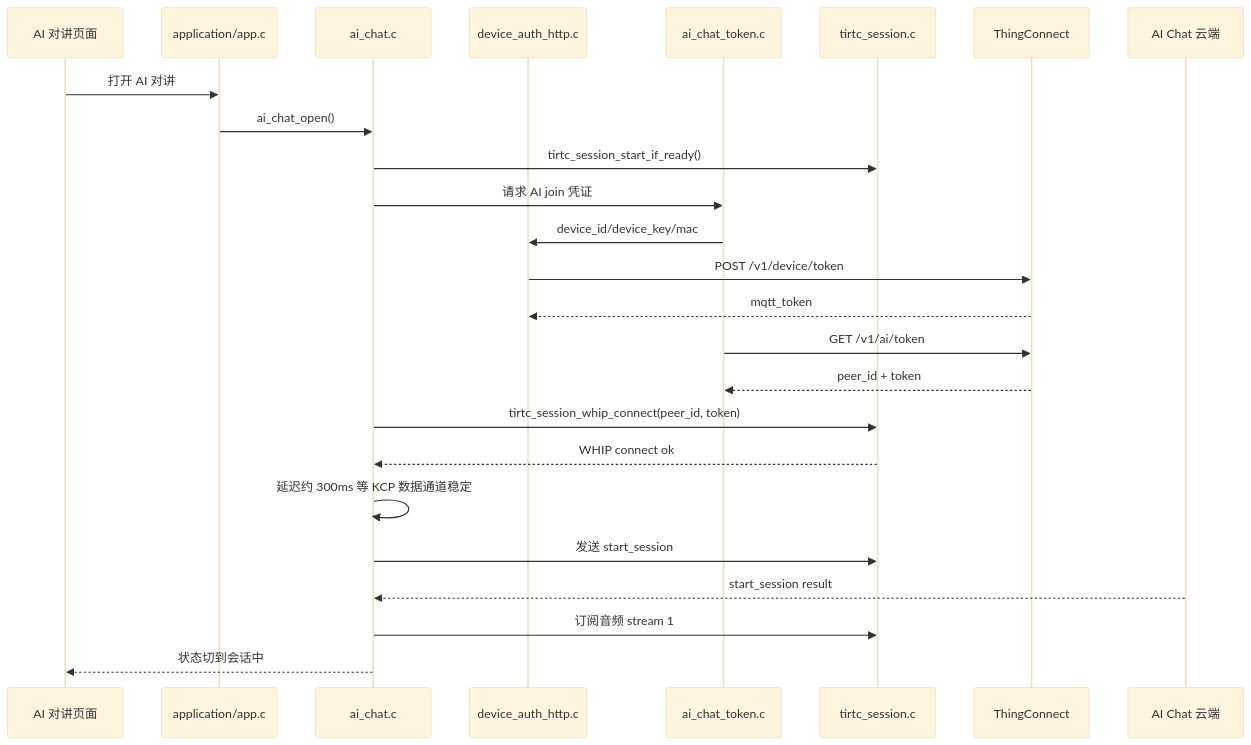
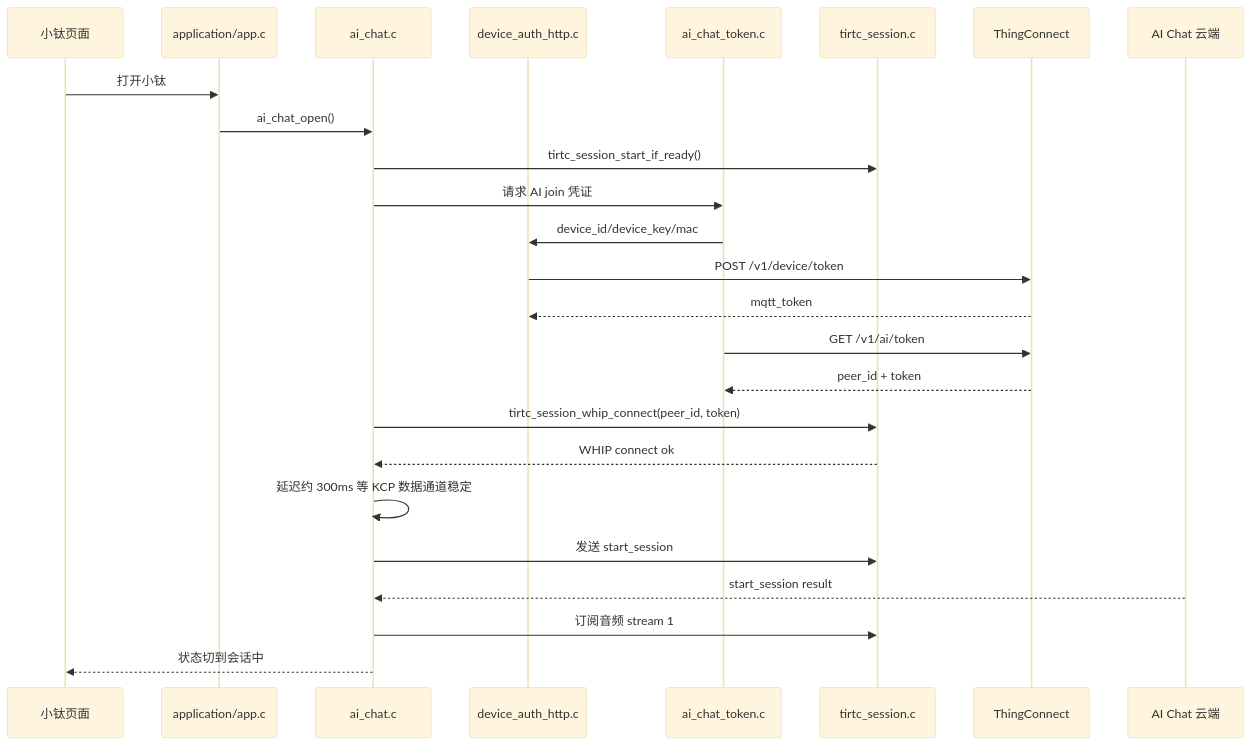
One commit to tangeai/tirtc-device-example changed the second of 4 diagrams in complete-applications/esp32-s3/device-monitor/docs/ai_chat/README_CN.md. Above: the diagram before and after it, drawn with Mermaid (base theme). The commit also changed other lines of this file and 357 other files, not shown here.

````diff
--- a/complete-applications/esp32-s3/device-monitor/docs/ai_chat/README_CN.md
+++ b/complete-applications/esp32-s3/device-monitor/docs/ai_chat/README_CN.md
@@ -42,28 +44,28 @@
 ```mermaid
 sequenceDiagram
-    participant UI as AI 对讲页面
+    participant UI as 小钛页面
     participant App as application/app.c
     participant AI as ai_chat.c
     participant Auth as device_auth_http.c
     participant Token as ai_chat_token.c
     participant RTC as tirtc_session.c
     participant Thing as ThingConnect
     participant Cloud as AI Chat 云端
 
-    UI->>App: 打开 AI 对讲
+    UI->>App: 打开小钛
     App->>AI: ai_chat_open()
     AI->>RTC: tirtc_session_start_if_ready()
     AI->>Token: 请求 AI join 凭证
     Token->>Auth: device_id/device_key/mac
     Auth->>Thing: POST /v1/device/token
     Thing-->>Auth: mqtt_token
     Token->>Thing: GET /v1/ai/token
     Thing-->>Token: peer_id + token
     AI->>RTC: tirtc_session_whip_connect(peer_id, token)
     RTC-->>AI: WHIP connect ok
     AI->>AI: 延迟约 300ms 等 KCP 数据通道稳定
     AI->>RTC: 发送 start_session
     Cloud-->>AI: start_session result
     AI->>RTC: 订阅音频 stream 1
     AI-->>UI: 状态切到会话中
 ```
````
